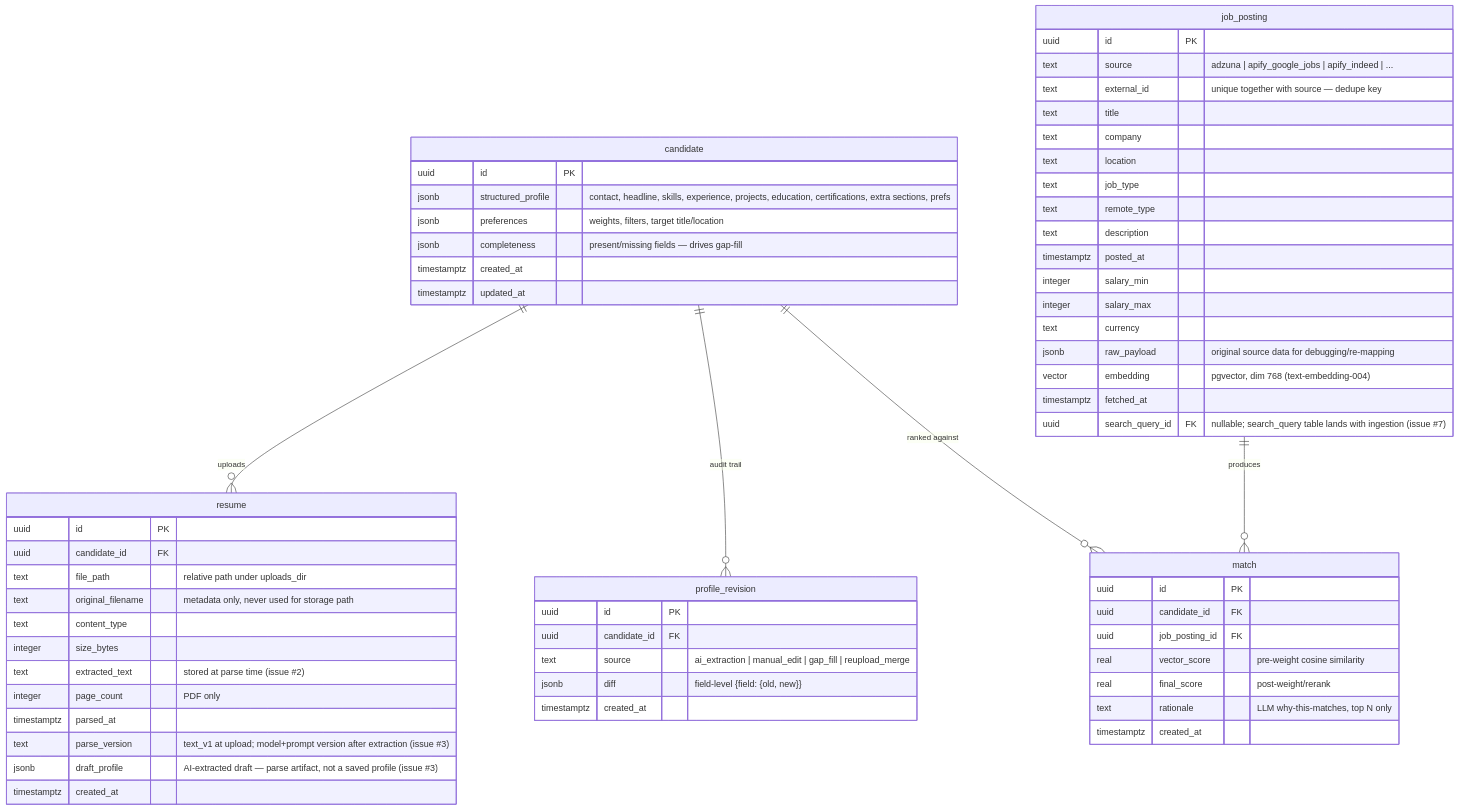
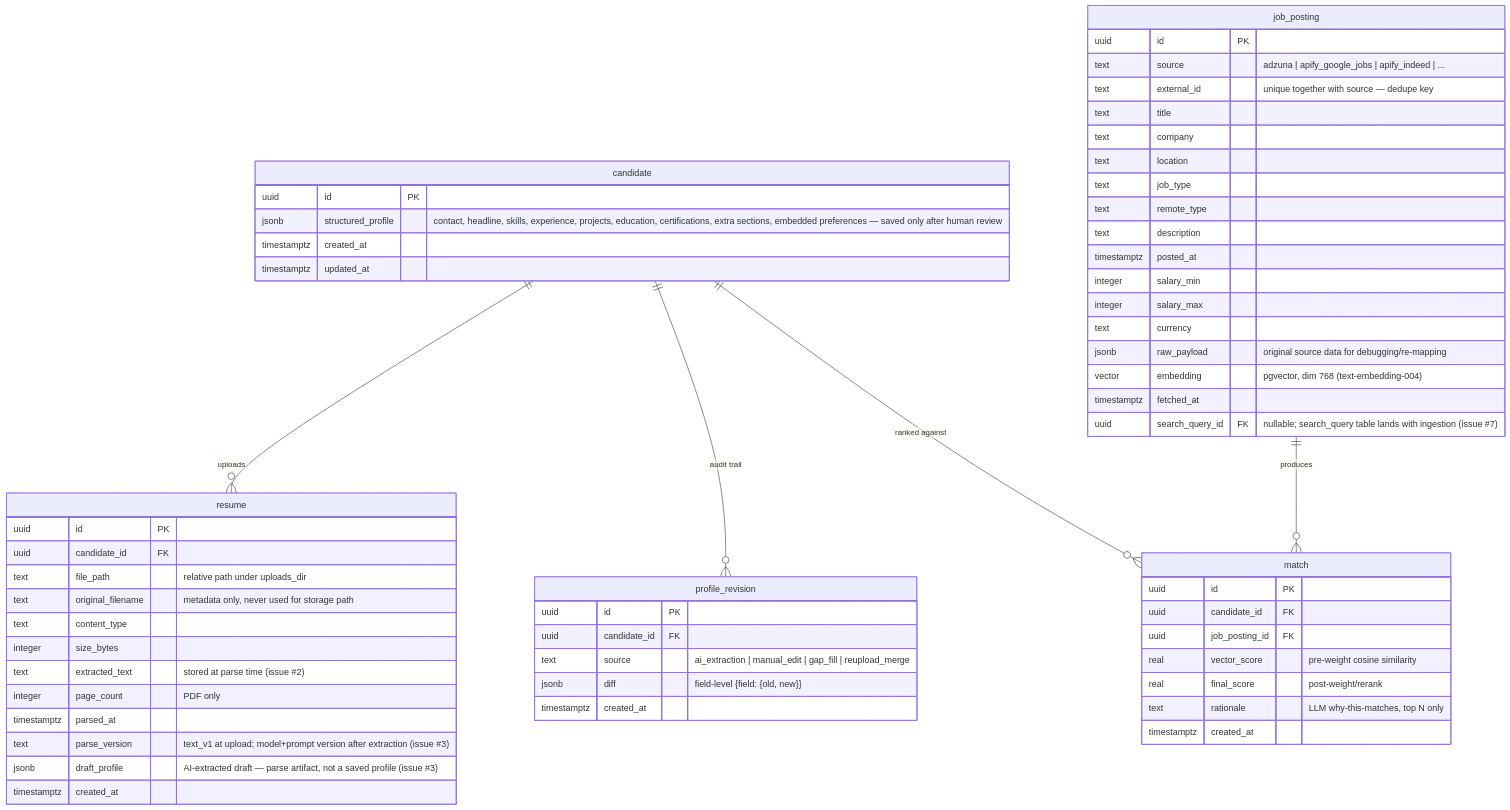
The fourth of 4 diagrams in docs/architecture.md (MSVhora/ai_job_assistant), drawn with Mermaid before and after one commit. The commit also changed other lines of this file and 47 other files, not shown here.

Commit message:
Add profile persistence, review/edit UI, and revision audit

````diff
--- a/docs/architecture.md
+++ b/docs/architecture.md
@@ -105,69 +108,67 @@
 ```mermaid
 erDiagram
     candidate ||--o{ resume : "uploads"
     candidate ||--o{ profile_revision : "audit trail"
     candidate ||--o{ match : "ranked against"
     job_posting ||--o{ match : "produces"
 
     candidate {
         uuid id PK
-        jsonb structured_profile "contact, headline, skills, experience, projects, education, certifications, extra sections, prefs"
-        jsonb preferences "weights, filters, target title/location"
-        jsonb completeness "present/missing fields — drives gap-fill"
+        jsonb structured_profile "contact, headline, skills, experience, projects, education, certifications, extra sections, embedded preferences — saved only after human review"
         timestamptz created_at
         timestamptz updated_at
     }
 
     resume {
         uuid id PK
         uuid candidate_id FK
         text file_path "relative path under uploads_dir"
         text original_filename "metadata only, never used for storage path"
         text content_type
         integer size_bytes
         text extracted_text "stored at parse time (issue #2)"
         integer page_count "PDF only"
         timestamptz parsed_at
         text parse_version "text_v1 at upload; model+prompt version after extraction (issue #3)"
         jsonb draft_profile "AI-extracted draft — parse artifact, not a saved profile (issue #3)"
         timestamptz created_at
     }
 
     profile_revision {
         uuid id PK
         uuid candidate_id FK
         text source "ai_extraction | manual_edit | gap_fill | reupload_merge"
         jsonb diff "field-level {field: {old, new}}"
         timestamptz created_at
     }
 
     job_posting {
         uuid id PK
         text source "adzuna | apify_google_jobs | apify_indeed | ..."
         text external_id "unique together with source — dedupe key"
         text title
         text company
         text location
         text job_type
         text remote_type
         text description
         timestamptz posted_at
         integer salary_min
         integer salary_max
         text currency
         jsonb raw_payload "original source data for debugging/re-mapping"
         vector embedding "pgvector, dim 768 (text-embedding-004)"
         timestamptz fetched_at
         uuid search_query_id FK "nullable; search_query table lands with ingestion (issue #7)"
     }
 
     match {
         uuid id PK
         uuid candidate_id FK
         uuid job_posting_id FK
         real vector_score "pre-weight cosine similarity"
         real final_score "post-weight/rerank"
         text rationale "LLM why-this-matches, top N only"
         timestamptz created_at
     }
 ```
````
